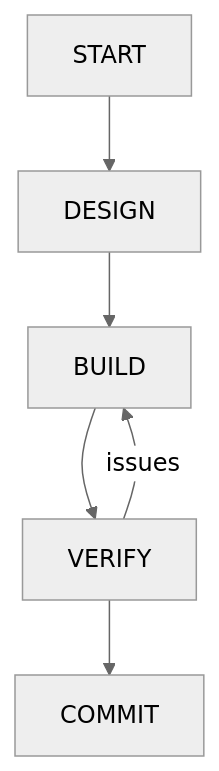
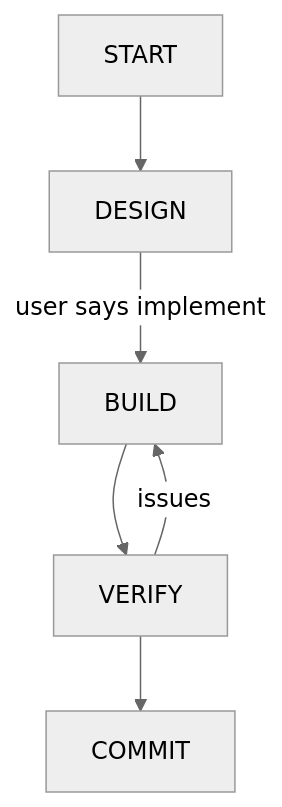
One commit to an-dr/agents changed the third of 3 diagrams in README.md. Above: the diagram before and after it, drawn with Mermaid (neutral theme). The commit also changed other lines of this file and 7 other files, not shown here.

First line of the commit message:
feat(workflow): gate the flow on implement and integrate

````diff
--- a/README.md
+++ b/README.md
@@ -35,5 +40,6 @@
 ```mermaid
 flowchart TD
-START --> DESIGN --> BUILD --> VERIFY --> COMMIT
+START --> DESIGN
+DESIGN -->|user says implement| BUILD --> VERIFY --> COMMIT
 VERIFY -->|issues| BUILD
 ```
````
